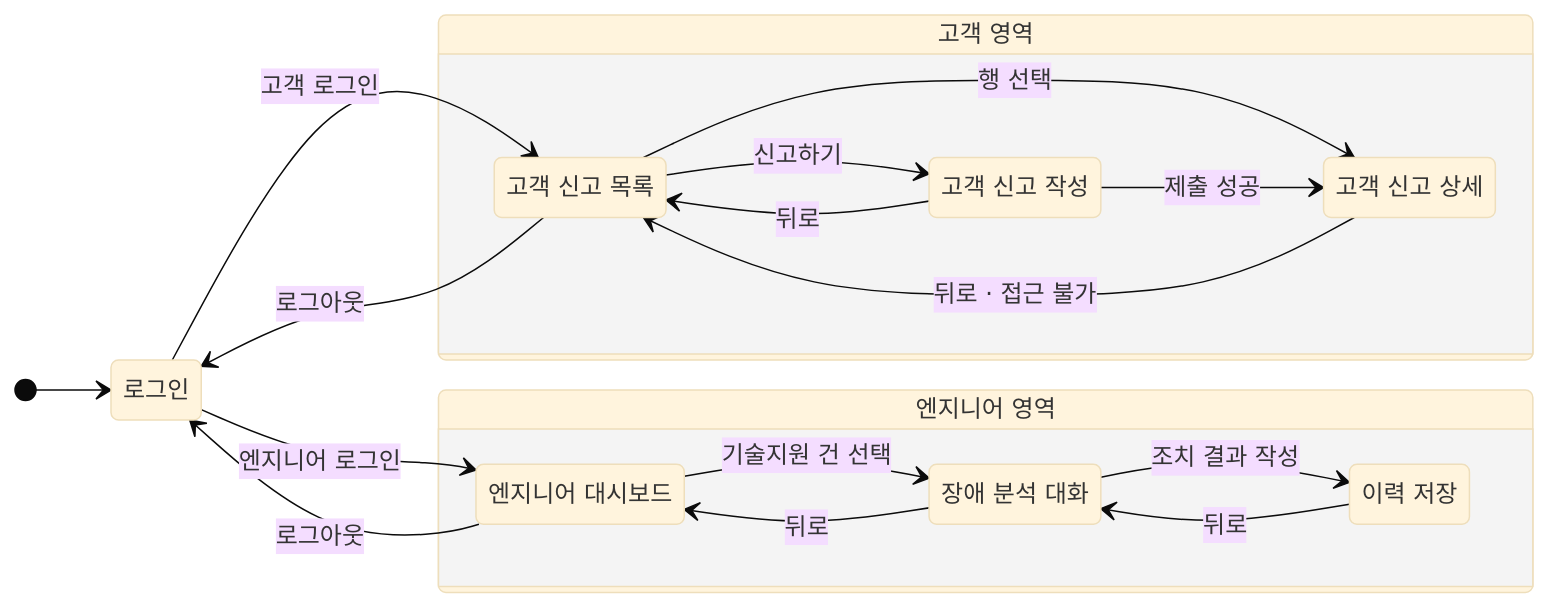
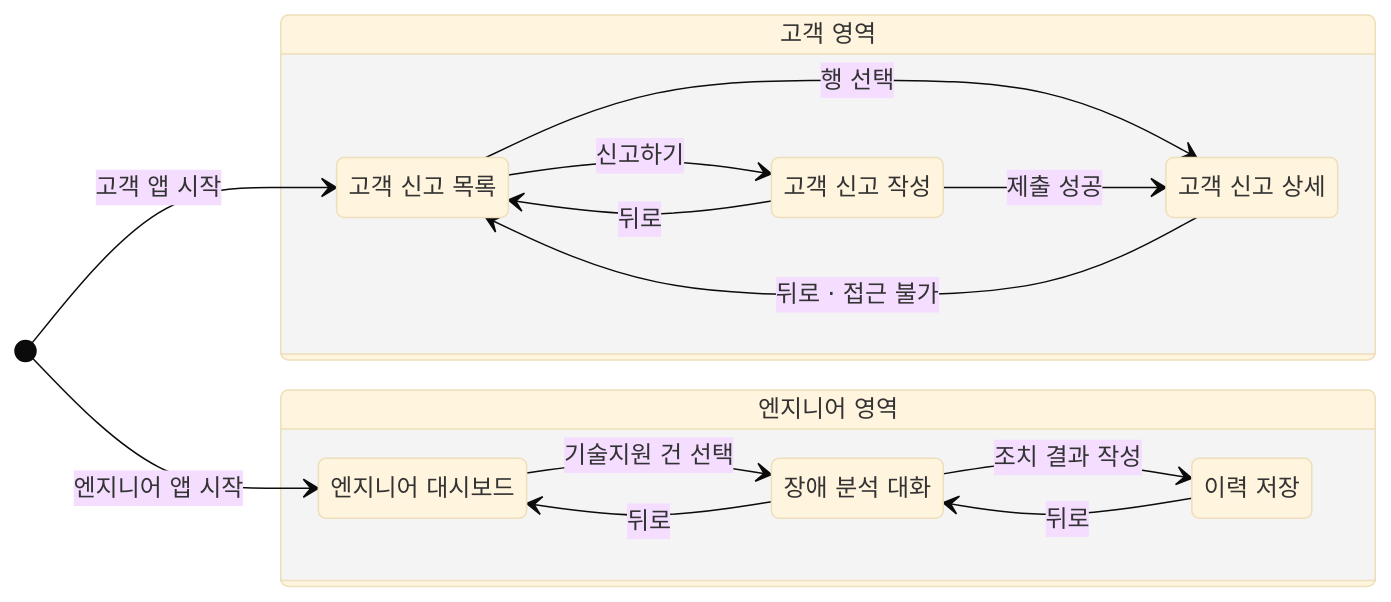
One commit to movebrain/m-pilot changed the first of 2 diagrams in docs/spec.md. Above: the diagram before and after it, drawn with Mermaid (base theme). The commit also changed other lines of this file and 16 other files, not shown here.

````diff
--- a/docs/spec.md
+++ b/docs/spec.md
@@ -224,29 +221,25 @@
 ```mermaid
 stateDiagram-v2
   direction LR
-  state "로그인" as login
   state "고객 영역" as cust {
     state "고객 신고 목록" as cust_list
     state "고객 신고 작성" as cust_form
     state "고객 신고 상세" as cust_detail
   }
   state "엔지니어 영역" as eng {
     state "엔지니어 대시보드" as eng_list
     state "장애 분석 대화" as eng_chat
     state "이력 저장" as eng_resolve
   }
-  [*] --> login
-  login --> cust_list: 고객 로그인
-  login --> eng_list: 엔지니어 로그인
+  [*] --> cust_list: 고객 앱 시작
+  [*] --> eng_list: 엔지니어 앱 시작
   cust_list --> cust_detail: 행 선택
   cust_list --> cust_form: 신고하기
   cust_form --> cust_detail: 제출 성공
   cust_form --> cust_list: 뒤로
   cust_detail --> cust_list: 뒤로 · 접근 불가
-  cust_list --> login: 로그아웃
   eng_list --> eng_chat: 기술지원 건 선택
   eng_chat --> eng_resolve: 조치 결과 작성
   eng_chat --> eng_list: 뒤로
   eng_resolve --> eng_chat: 뒤로
-  eng_list --> login: 로그아웃
 ```
````
